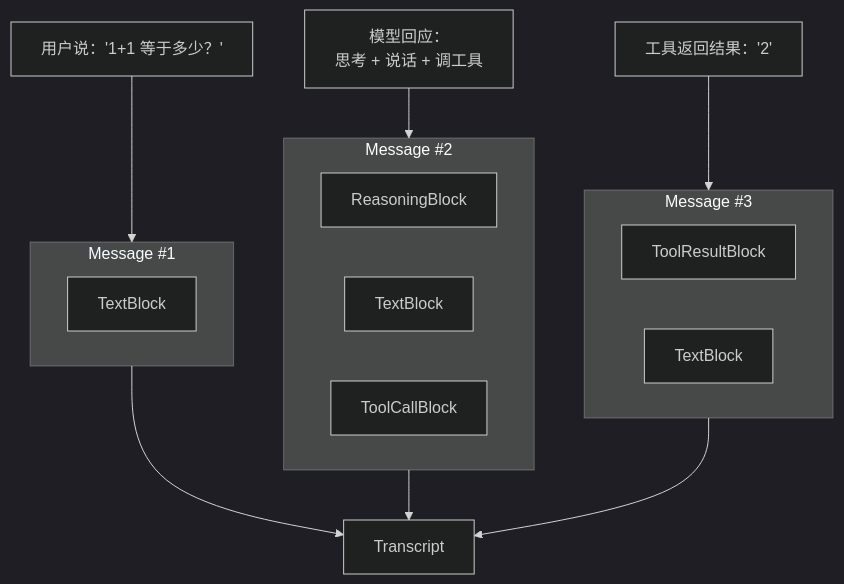
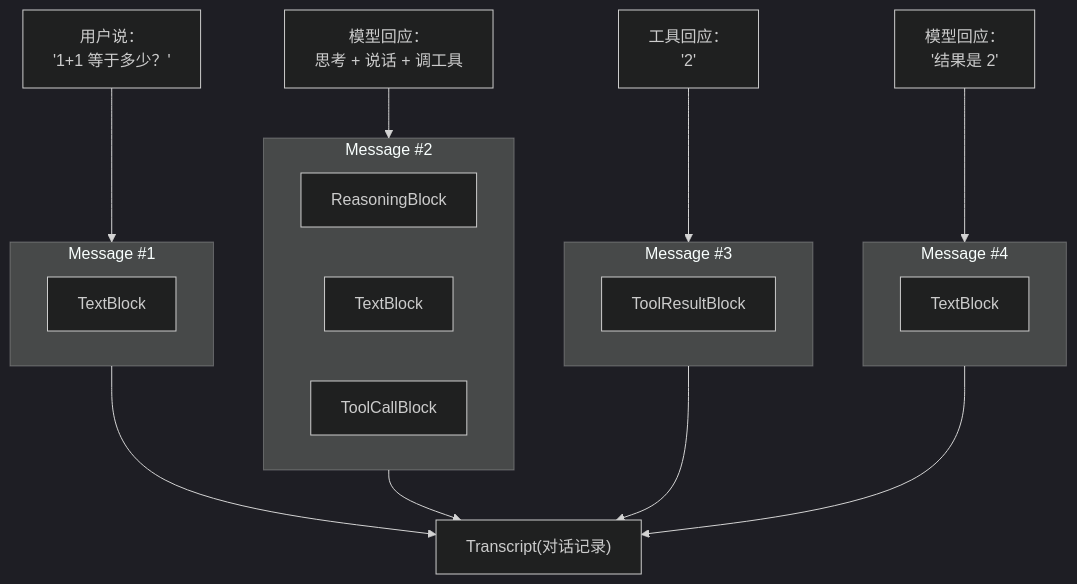
One commit to erichow/agent-harness changed the diagram in docs/ch03-typed-messages.md. Above: the diagram before and after it, drawn with Mermaid (dark theme). The commit also changed other lines of this file, not shown here.

Commit message:
ch03: 优化流程图布局，拆分工具结果和最终回复为独立消息

````diff
--- a/docs/ch03-typed-messages.md
+++ b/docs/ch03-typed-messages.md
@@ -61,24 +61,25 @@
 ```mermaid
 graph TD
-    A["用户说：'1+1 等于多少？'"] --> M1
+    A["用户说：<br/>'1+1 等于多少？'"] --> M1
     subgraph M1[Message #1]
         TB1[TextBlock]
     end
 
     D["模型回应：<br/>思考 + 说话 + 调工具"] --> M2
     subgraph M2[Message #2]
         RB[ReasoningBlock]
         TB2[TextBlock]
         TCB[ToolCallBlock]
     end
 
-    F["工具返回结果：'2'"] --> M3
+    F["工具回应：<br/>'2'"] --> M3
     subgraph M3[Message #3]
         TRB[ToolResultBlock]
+    end
+    G["模型回应：<br/>'结果是 2'"] --> M4
+    subgraph M4[Message #4]
         TB3[TextBlock]
     end
 
-    M1 --> C[Transcript]
-    M2 --> C
-    M3 --> C
+    M1 & M2 & M3 & M4 --> C["Transcript(对话记录)"]
 ```
````
